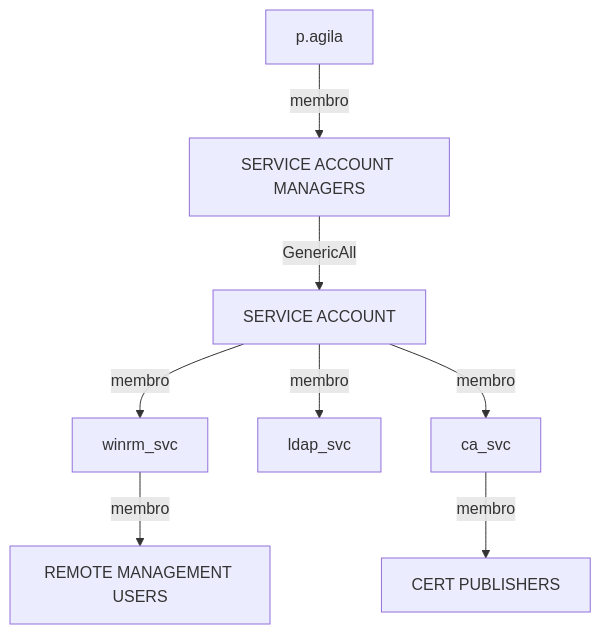
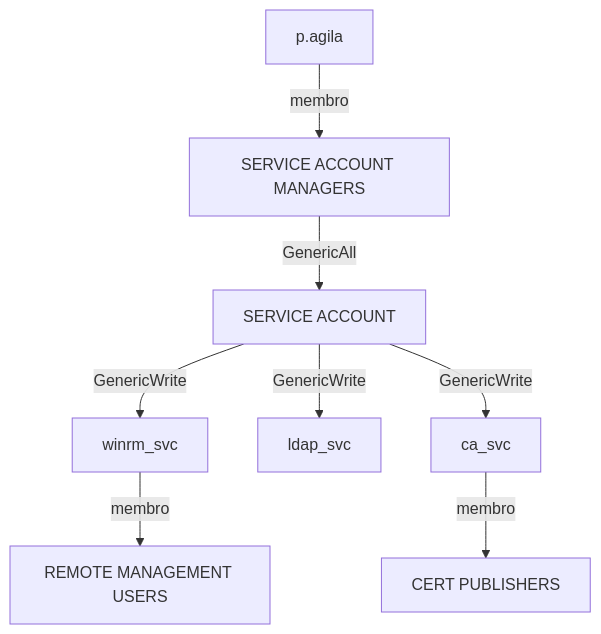
Before and after one commit to Pre4ch3r/Hacking: the first of 2 diagrams in content/CTF/Hackthebox/Fluffy/Fluffy HTB Write-up.md, drawn with Mermaid. The commit also changed other lines of this file, not shown here.

Commit message:
Fluffy write-up pronto para publicar

````diff
--- a/content/CTF/Hackthebox/Fluffy/Fluffy HTB Write-up.md
+++ b/content/CTF/Hackthebox/Fluffy/Fluffy HTB Write-up.md
@@ -217,10 +221,10 @@
 ```mermaid
 flowchart TD
     A[p.agila] -->|membro| B[SERVICE ACCOUNT MANAGERS]
     B -->|GenericAll| C[SERVICE ACCOUNT] 
-    C -->|membro| D[winrm_svc]
-    C -->|membro| E[ldap_svc]
-    C -->|membro| F[ca_svc]
+    C -->|GenericWrite| D[winrm_svc]
+    C -->|GenericWrite| E[ldap_svc]
+    C -->|GenericWrite| F[ca_svc]
     D -->|membro| G[REMOTE MANAGEMENT USERS]
     F -->|membro| H[CERT PUBLISHERS]
 ```
````
